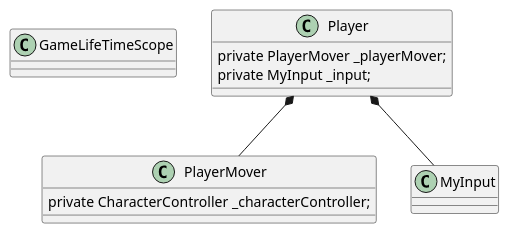
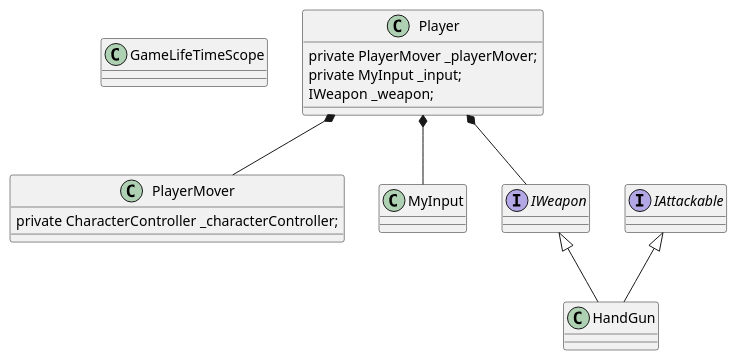
Before and after one commit to heller77/SimpleFPS: the diagram in Assets/ClassDiagram/nowClassDiagram/NowClassDiagram.puml, drawn with PlantUML.

Commit message:
クラス図更新

```diff
--- a/Assets/ClassDiagram/nowClassDiagram/NowClassDiagram.puml
+++ b/Assets/ClassDiagram/nowClassDiagram/NowClassDiagram.puml
@@ -1,15 +1,22 @@
 @startuml
 
 class GameLifeTimeScope{}
 
 Player *-- PlayerMover
 Player *-- MyInput
+Player *-- IWeapon
 class Player{
          private PlayerMover _playerMover;
          private MyInput _input;
+         IWeapon _weapon;
 }
 class PlayerMover{
 private CharacterController _characterController;
 }
 class MyInput{}
+
+class HandGun extends IWeapon,IAttackable{}
+
+interface IWeapon{}
+interface IAttackable{}
 @enduml
```
